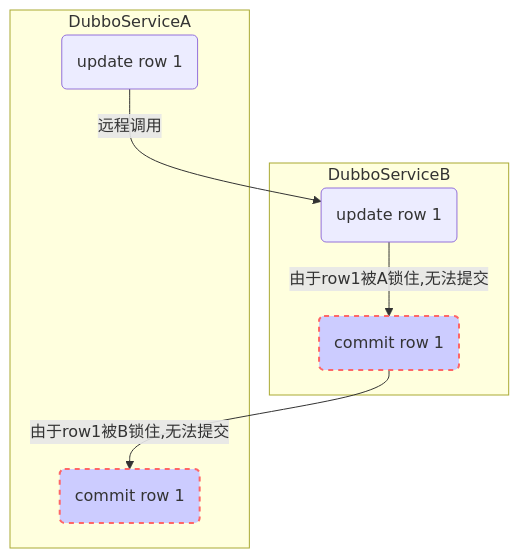
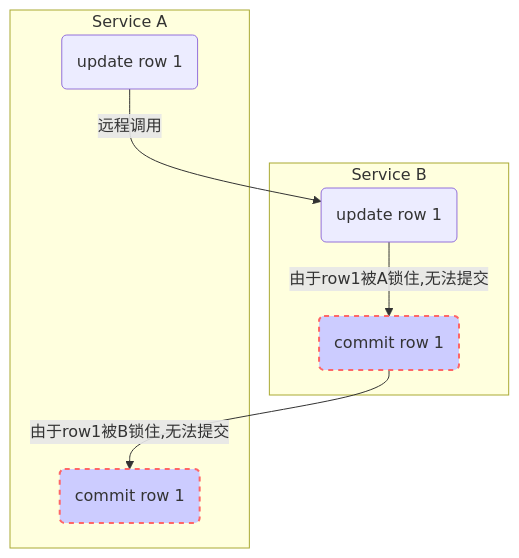
One commit to zhudongdong/docs changed the diagram in dubbo/服务治理问题案例.md. Above: the diagram before and after it, drawn with Mermaid. The commit also changed other lines of this file, not shown here.

Commit message:
Uploaded by https://stackedit.io/

````diff
--- a/dubbo/服务治理问题案例.md
+++ b/dubbo/服务治理问题案例.md
@@ -3,20 +3,20 @@
 ```mermaid
 graph TB
 
-subgraph DubboServiceB
+subgraph Service B
 c(update row 1)
 d(commit row 1)
 end
-subgraph DubboServiceA
+subgraph Service A
 a(update row 1)
 b(commit row 1)
 
 a --远程调用--> c
 d --由于row1被B锁住,无法提交--> b
 c --由于row1被A锁住,无法提交--> d
 
 style d fill:#ccf,stroke:#f66,stroke-width:2px,stroke-dasharray: 5, 5
 style b fill:#ccf,stroke:#f66,stroke-width:2px,stroke-dasharray: 5, 5
 
 end
 ```
````
